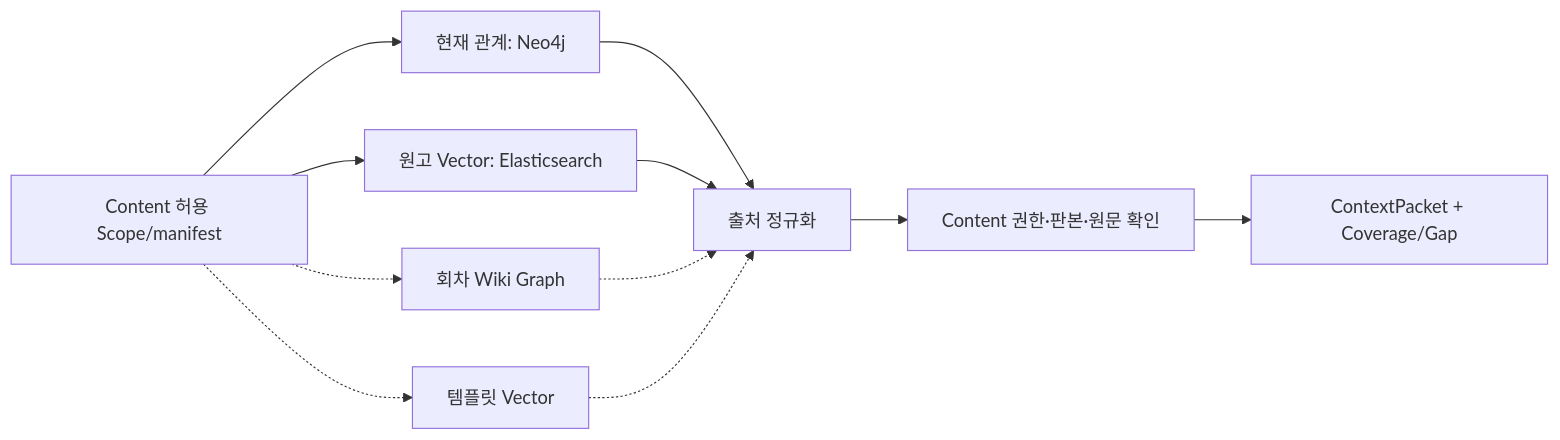
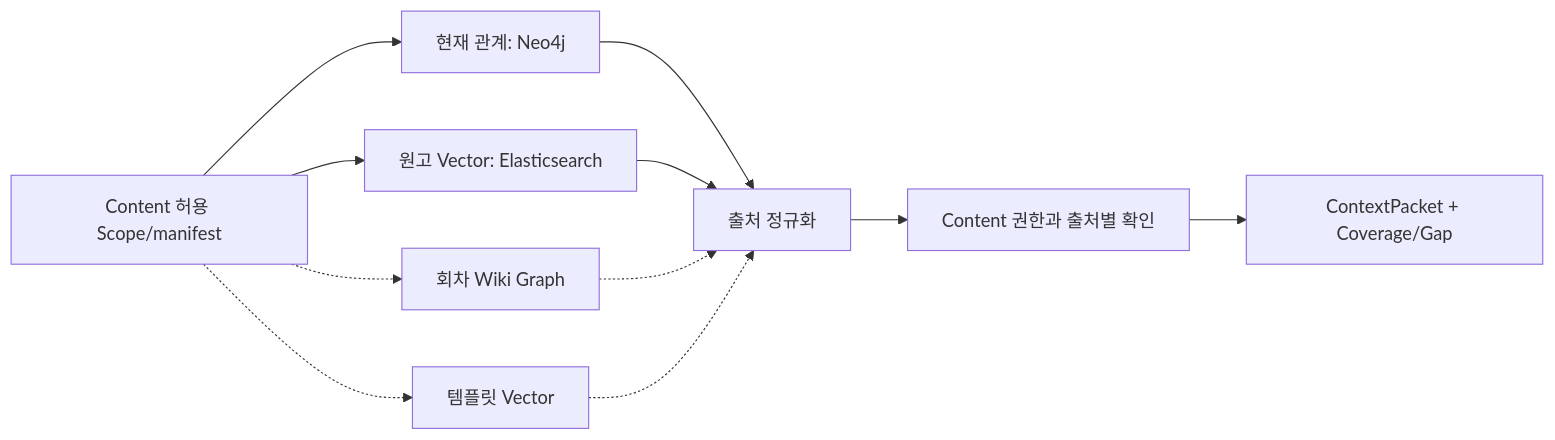
One commit to SKNETWORKS-FAMILY-AICAMP/SKN34-FINAL-4TEAM changed the diagram in docs/writing-ai-architecture/07-retrieval-contract-and-mocks.md. Above: the diagram before and after it, drawn with Mermaid. The commit also changed other lines of this file and 14 other files, not shown here.

```diff
--- a/docs/writing-ai-architecture/07-retrieval-contract-and-mocks.md
+++ b/docs/writing-ai-architecture/07-retrieval-contract-and-mocks.md
@@ -5,13 +5,13 @@
 ~~~mermaid
 flowchart LR
   S[Content 허용 Scope/manifest] --> R[현재 관계: Neo4j]
   S --> M[원고 Vector: Elasticsearch]
   S -.-> W[회차 Wiki Graph]
   S -.-> T[템플릿 Vector]
   R --> N[출처 정규화]
   M --> N
   W -.-> N
   T -.-> N
-  N --> V[Content 권한·판본·원문 확인]
+  N --> V[Content 권한과 출처별 확인]
   V --> C[ContextPacket + Coverage/Gap]
 ~~~
```
